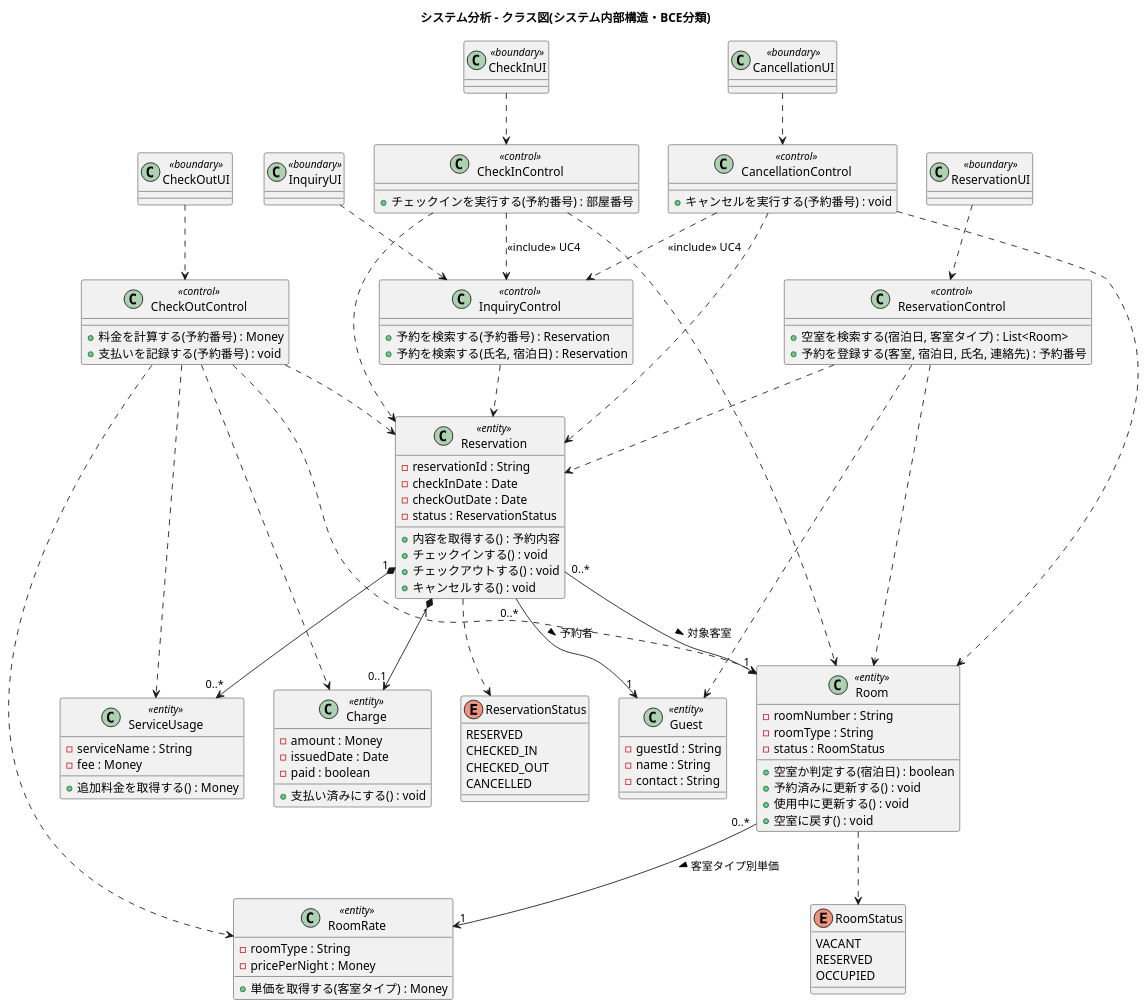
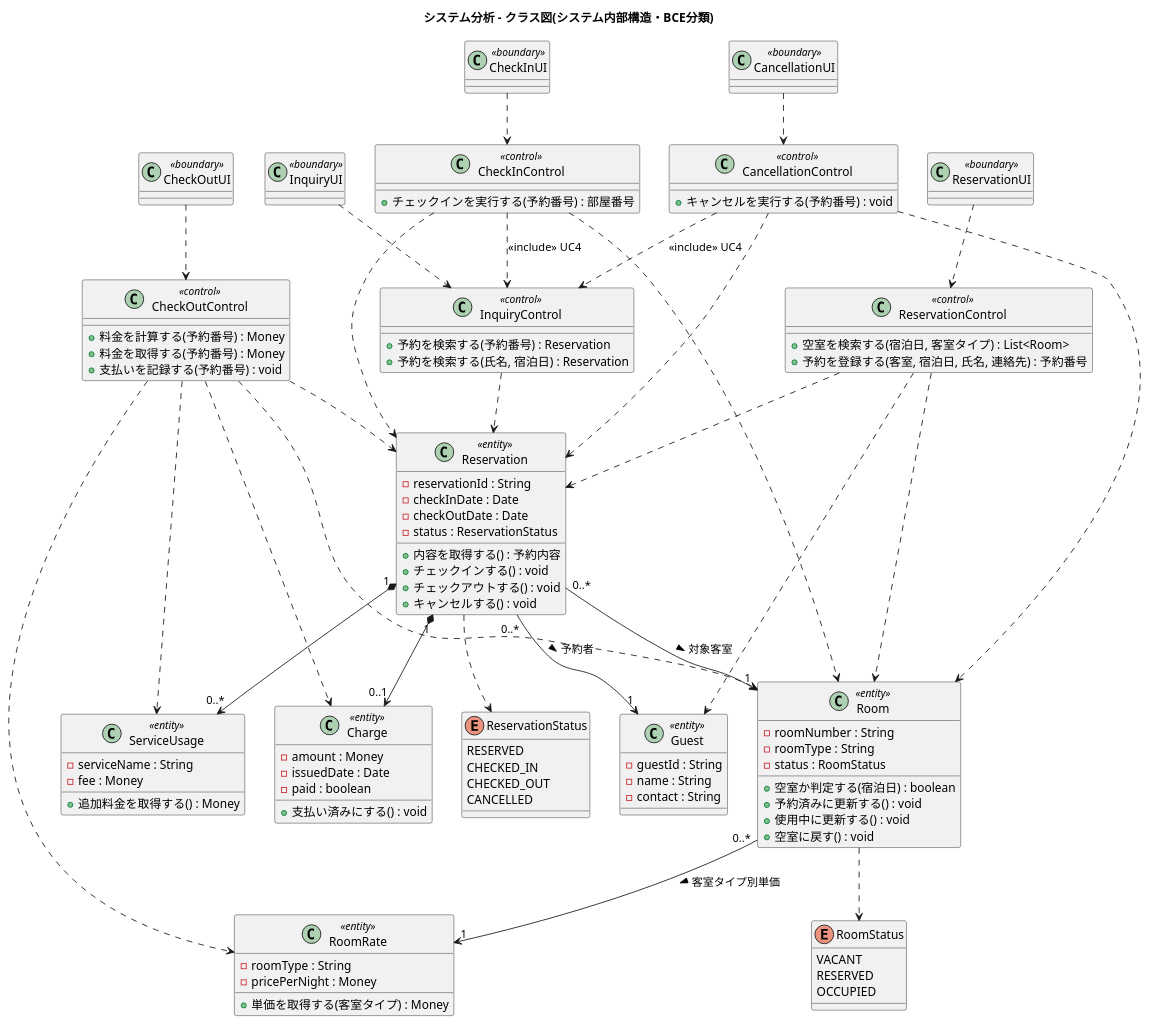
One commit to doguto/waseda-hrs changed the diagram in docs/uml/09_system_class_diagram.puml. Above: the diagram before and after it, drawn with PlantUML. The commit also changed 4 other files, not shown here.

First line of the commit message:
docs(uml): 請求の再取得を09と08cに反映する

```diff
--- a/docs/uml/09_system_class_diagram.puml
+++ b/docs/uml/09_system_class_diagram.puml
@@ -1,132 +1,133 @@
 @startuml 09_system_class_diagram
 title システム分析 - クラス図(システム内部構造・BCE分類)
 
 ' アクター(利用者・フロント係)はシステム外部のためクラスとしては扱わない。
 ' Guestは利用者の「記録」を保持するエンティティ。
 ' 操作名はコラボレーション図(08a〜08e)のメッセージ名と一対一に対応させる。
 
 ' ===== バウンダリ =====
 class ReservationUI <<boundary>>
 class InquiryUI <<boundary>>
 class CheckInUI <<boundary>>
 class CheckOutUI <<boundary>>
 class CancellationUI <<boundary>>
 
 ' ===== コントロール =====
 class ReservationControl <<control>> {
   +空室を検索する(宿泊日, 客室タイプ) : List<Room>
   +予約を登録する(客室, 宿泊日, 氏名, 連絡先) : 予約番号
 }
 class InquiryControl <<control>> {
   +予約を検索する(予約番号) : Reservation
   +予約を検索する(氏名, 宿泊日) : Reservation
 }
 class CheckInControl <<control>> {
   +チェックインを実行する(予約番号) : 部屋番号
 }
 class CheckOutControl <<control>> {
   +料金を計算する(予約番号) : Money
+  +料金を取得する(予約番号) : Money
   +支払いを記録する(予約番号) : void
 }
 class CancellationControl <<control>> {
   +キャンセルを実行する(予約番号) : void
 }
 
 ' ===== エンティティ =====
 class Guest <<entity>> {
   -guestId : String
   -name : String
   -contact : String
 }
 class Reservation <<entity>> {
   -reservationId : String
   -checkInDate : Date
   -checkOutDate : Date
   -status : ReservationStatus
   +内容を取得する() : 予約内容
   +チェックインする() : void
   +チェックアウトする() : void
   +キャンセルする() : void
 }
 class Room <<entity>> {
   -roomNumber : String
   -roomType : String
   -status : RoomStatus
   +空室か判定する(宿泊日) : boolean
   +予約済みに更新する() : void
   +使用中に更新する() : void
   +空室に戻す() : void
 }
 class RoomRate <<entity>> {
   -roomType : String
   -pricePerNight : Money
   +単価を取得する(客室タイプ) : Money
 }
 class ServiceUsage <<entity>> {
   -serviceName : String
   -fee : Money
   +追加料金を取得する() : Money
 }
 class Charge <<entity>> {
   -amount : Money
   -issuedDate : Date
   -paid : boolean
   +支払い済みにする() : void
 }
 
 enum RoomStatus {
   VACANT
   RESERVED
   OCCUPIED
 }
 enum ReservationStatus {
   RESERVED
   CHECKED_IN
   CHECKED_OUT
   CANCELLED
 }
 
 ' ===== エンティティ間の関連(多重度はコラボレーション図のオブジェクト数と対応) =====
 ' 誘導可能性(矢印)は実装の参照方向に一致させる。いずれも一方向で、
 ' 逆向きに辿る必要のある操作は存在しない。
 '   Reservation → Guest / Room : Reservation が予約者と対象客室への参照を保持する
 '   Reservation → Charge / ServiceUsage : 予約を起点に請求・追加サービスを取得する
 '   Room → RoomRate : 客室タイプをキーに単価を引く
 Reservation "0..*" --> "1" Guest : 予約者 >
 Reservation "0..*" --> "1" Room : 対象客室 >
 ' Charge と ServiceUsage は予約に従属し、予約なしでは存在しえない
 ' (DBでも reservation_id が NOT NULL の外部キー)ため合成集約で表す。
 ' 一方 Guest・Room・RoomRate は予約と独立に存在するため単純な関連にとどめる。
 Reservation "1" *--> "0..1" Charge
 Reservation "1" *--> "0..*" ServiceUsage
 Room "0..*" --> "1" RoomRate : 客室タイプ別単価 >
 Room ..> RoomStatus
 Reservation ..> ReservationStatus
 
 ' ===== バウンダリ → コントロール =====
 ReservationUI ..> ReservationControl
 InquiryUI ..> InquiryControl
 CheckInUI ..> CheckInControl
 CheckOutUI ..> CheckOutControl
 CancellationUI ..> CancellationControl
 
 ' ===== コントロール → コントロール(ユースケースのinclude) =====
 CheckInControl ..> InquiryControl : <<include>> UC4
 CancellationControl ..> InquiryControl : <<include>> UC4
 
 ' ===== コントロール → エンティティ =====
 ReservationControl ..> Room
 ReservationControl ..> Guest
 ReservationControl ..> Reservation
 InquiryControl ..> Reservation
 CheckInControl ..> Reservation
 CheckInControl ..> Room
 CheckOutControl ..> Reservation
 CheckOutControl ..> RoomRate
 CheckOutControl ..> ServiceUsage
 CheckOutControl ..> Charge
 CheckOutControl ..> Room
 CancellationControl ..> Reservation
 CancellationControl ..> Room
 
 @enduml
```
